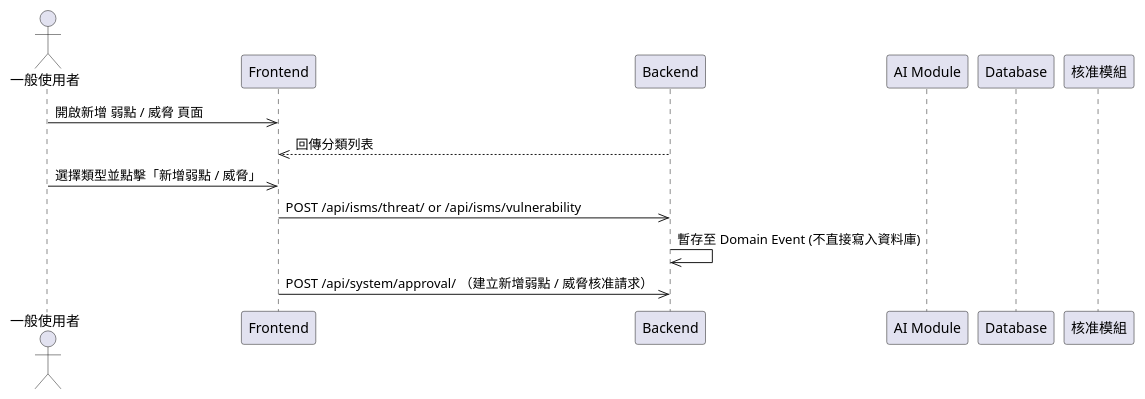
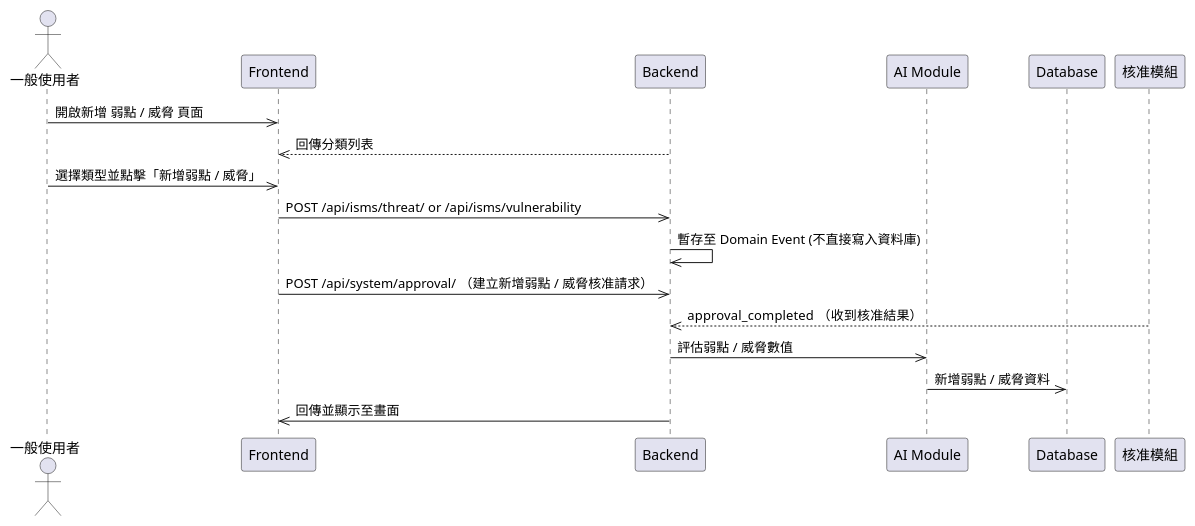
One commit to walle45611/NTUB_SecuManag_Diagram changed the diagram in plantUML/sequence/threat_vuln_create.puml. Above: the diagram before and after it, drawn with PlantUML. The commit also changed 4 other files, not shown here.

Commit message:
feat: 更新流程圖，新增核准結果處理及資料儲存流程

```diff
--- a/plantUML/sequence/threat_vuln_create.puml
+++ b/plantUML/sequence/threat_vuln_create.puml
@@ -1,15 +1,19 @@
 @startuml
 actor User as "一般使用者"
 participant Frontend
 participant Backend
 participant AI_Module as "AI Module"
 participant Database
 participant Approval as "核准模組"
 
 User->>Frontend: 開啟新增 弱點 / 威脅 頁面
 Backend-->>Frontend: 回傳分類列表
 User->>Frontend: 選擇類型並點擊「新增弱點 / 威脅」
 Frontend->>Backend: POST /api/isms/threat/ or /api/isms/vulnerability
 Backend->>Backend: 暫存至 Domain Event (不直接寫入資料庫)
 Frontend->>Backend: POST /api/system/approval/ （建立新增弱點 / 威脅核准請求）
+Approval-->>Backend: approval_completed  （收到核准結果）
+Backend->> AI_Module: 評估弱點 / 威脅數值
+AI_Module->>Database: 新增弱點 / 威脅資料
+Backend->>Frontend: 回傳並顯示至畫面
 @enduml
```
